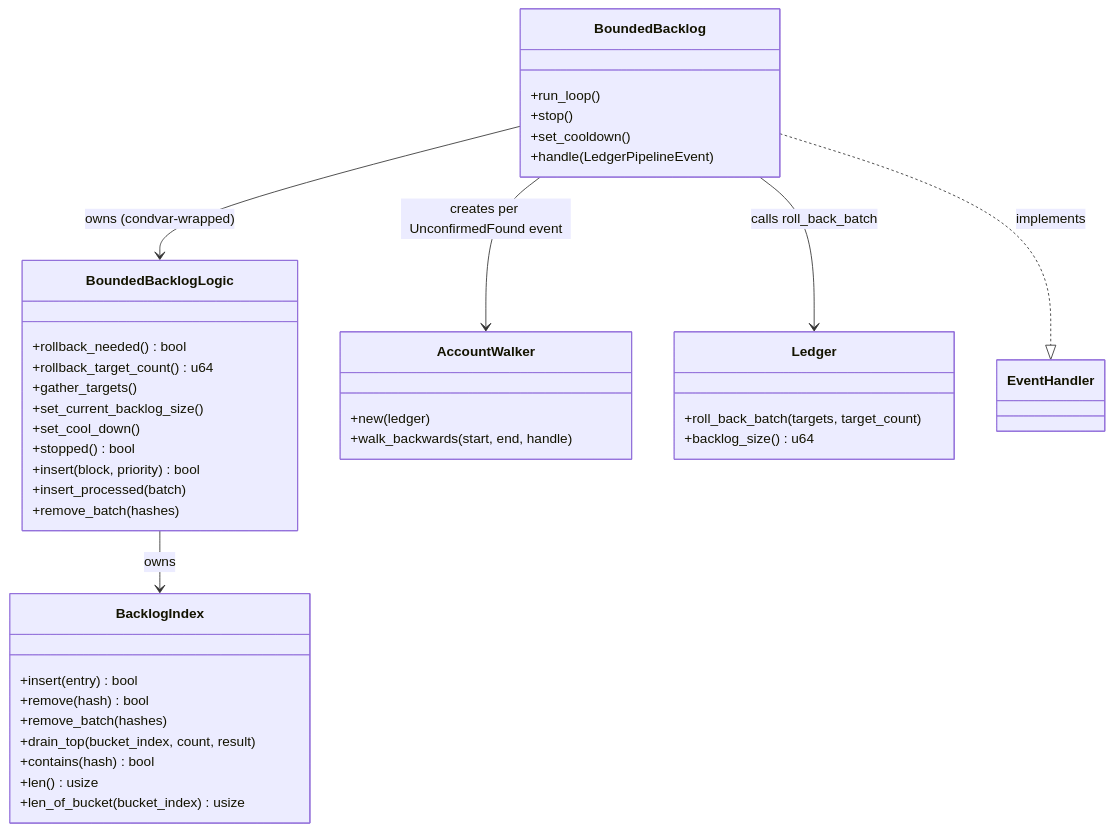
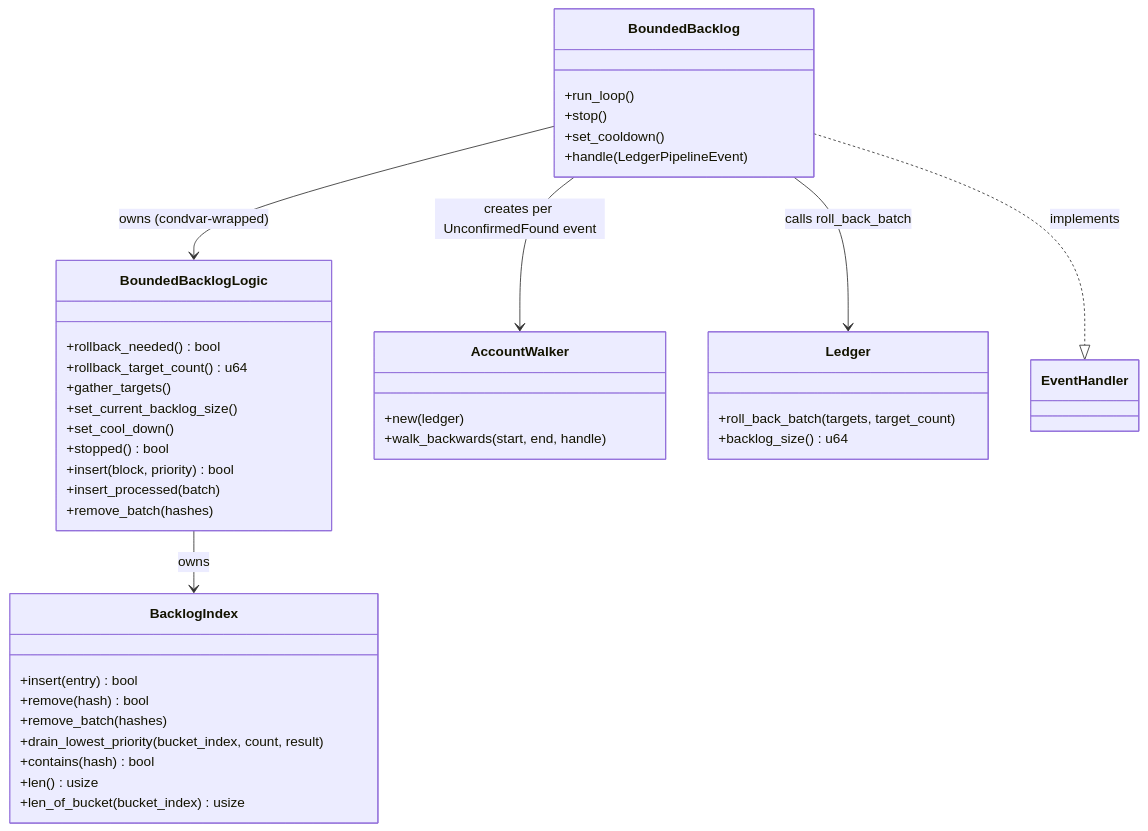
Before and after one commit to Fiono11/rsnano-node: the diagram in node/src/block_processing/bounded_backlog/README.md, drawn with Mermaid. The commit also changed other lines of this file and 2 other files, not shown here.

Commit message:
Rename drain_top to drain_lowest_priority in BacklogIndex
The name drain_top was ambiguous — "top" referred to the highest
BTreeMap key (= oldest timestamp = lowest semantic priority).
The new name makes the domain intent clear.

````diff
--- a/node/src/block_processing/bounded_backlog/README.md
+++ b/node/src/block_processing/bounded_backlog/README.md
@@ -59,47 +59,47 @@
 ```mermaid
 classDiagram
     class BoundedBacklog {
         +run_loop()
         +stop()
         +set_cooldown()
         +handle(LedgerPipelineEvent)
     }
 
     class BoundedBacklogLogic {
         +rollback_needed() bool
         +rollback_target_count() u64
         +gather_targets()
         +set_current_backlog_size()
         +set_cool_down()
         +stopped() bool
         +insert(block, priority) bool
         +insert_processed(batch)
         +remove_batch(hashes)
     }
 
     class BacklogIndex {
         +insert(entry) bool
         +remove(hash) bool
         +remove_batch(hashes)
-        +drain_top(bucket_index, count, result)
+        +drain_lowest_priority(bucket_index, count, result)
         +contains(hash) bool
         +len() usize
         +len_of_bucket(bucket_index) usize
     }
 
     class AccountWalker {
         +new(ledger)
         +walk_backwards(start, end, handle)
     }
 
     class Ledger {
         +roll_back_batch(targets, target_count)
         +backlog_size() u64
     }
 
     BoundedBacklog --> BoundedBacklogLogic : owns (condvar-wrapped)
     BoundedBacklog --> AccountWalker : creates per UnconfirmedFound event
     BoundedBacklog --> Ledger : calls roll_back_batch
     BoundedBacklogLogic --> BacklogIndex : owns
     BoundedBacklog ..|> EventHandler : implements
 ```
````
